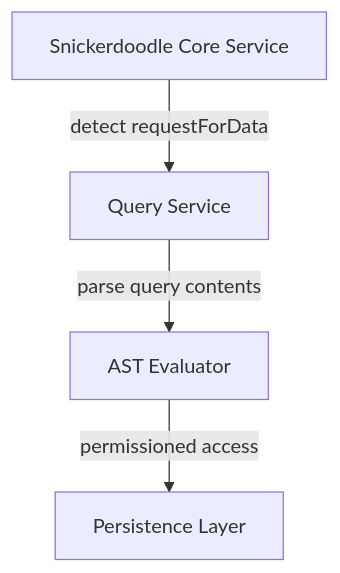
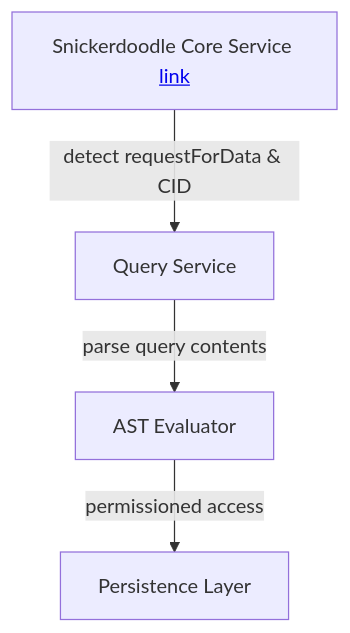
Before and after one commit to SnickerdoodleLabs/protocol: the first of 3 diagrams in documentation/sdql/QUERYNEGINE.md, drawn with Mermaid. The commit also changed other lines of this file, not shown here.

Commit message:
see if hyperlink works in mermaid

````diff
--- a/documentation/sdql/QUERYNEGINE.md
+++ b/documentation/sdql/QUERYNEGINE.md
@@ -15,7 +15,11 @@
 ```mermaid
 
 graph TD;
-    DW["Snickerdoodle Core Service"]-->|detect requestForData|QR["Query Service"];
-    QR-->|parse query contents|ASTE["AST Evaluator"]-->|permissioned access|PL["Persistence Layer"];
+    DW["Snickerdoodle Core Service" <a href='/packages/core/README.md'>link</a>]
+    QR["Query Service"]
+    ASTE["AST Evaluator"]
+    PL["Persistence Layer"]
+    DW-->|detect requestForData & CID|QR;
+    QR-->|parse query contents|ASTE-->|permissioned access|PL;
     
 ```
````
